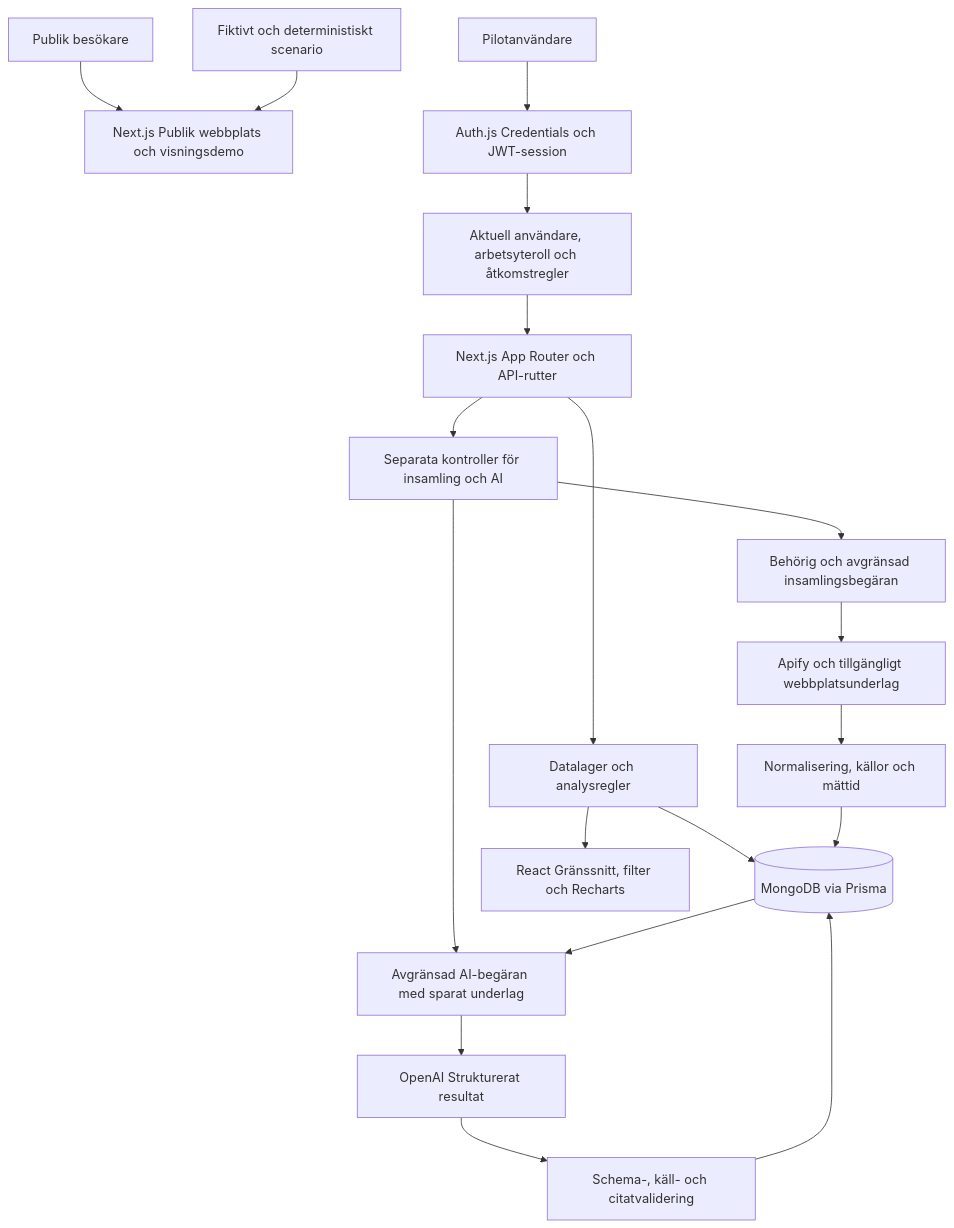
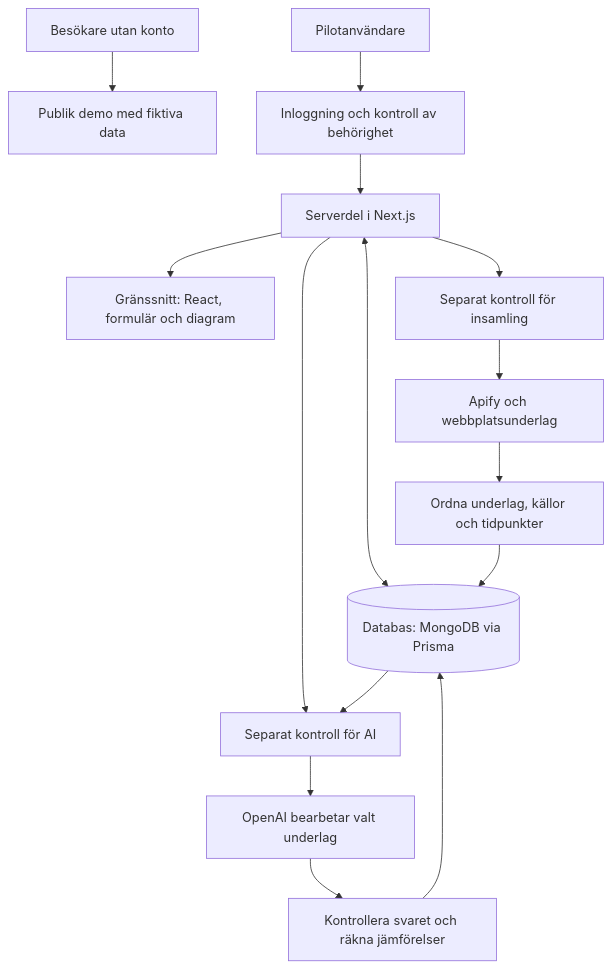
Before and after one commit to SebastianChristobal/swotflow-portfolio: the diagram in ARKITEKTUR.md, drawn with Mermaid. The commit also changed other lines of this file and 6 other files, not shown here.

Commit message:
Clarify pilot evidence and architecture and add SwotFlow branding

````diff
--- a/ARKITEKTUR.md
+++ b/ARKITEKTUR.md
@@ -9,21 +26,17 @@
-```mermaid
+~~~mermaid
 flowchart TD
-    V["Publik besökare"] --> DEMO["Next.js Publik webbplats och visningsdemo"]
-    F["Fiktivt och deterministiskt scenario"] --> DEMO
-    U["Pilotanvändare"] --> AUTH["Auth.js Credentials och JWT-session"]
-    AUTH --> ACCESS["Aktuell användare, arbetsyteroll och åtkomstregler"]
-    ACCESS --> APP["Next.js App Router och API-rutter"]
-    APP --> DATA["Datalager och analysregler"]
-    DATA --> DB[("MongoDB via Prisma")]
-    DATA --> UI["React Gränssnitt, filter och Recharts"]
-    APP --> GUARD["Separata kontroller för insamling och AI"]
-    GUARD --> RUN["Behörig och avgränsad insamlingsbegäran"]
-    RUN --> SOURCE["Apify och tillgängligt webbplatsunderlag"]
-    SOURCE --> NORMAL["Normalisering, källor och mättid"]
-    NORMAL --> DB
-    GUARD --> AI["Avgränsad AI-begäran med sparat underlag"]
-    DB --> AI
-    AI --> OPENAI["OpenAI Strukturerat resultat"]
-    OPENAI --> VALID["Schema-, käll- och citatvalidering"]
-    VALID --> DB
-```
+    D["Besökare utan konto"] --> DEMO["Publik demo med fiktiva data"]
+    U["Pilotanvändare"] --> AUTH["Inloggning och kontroll av behörighet"]
+    AUTH --> APP["Serverdel i Next.js"]
+    APP <--> DB[("Databas: MongoDB via Prisma")]
+    APP --> UI["Gränssnitt: React, formulär och diagram"]
+    APP --> C["Separat kontroll för insamling"]
+    C --> S["Apify och webbplatsunderlag"]
+    S --> N["Ordna underlag, källor och tidpunkter"]
+    N --> DB
+    APP --> A["Separat kontroll för AI"]
+    DB --> A
+    A --> AI["OpenAI bearbetar valt underlag"]
+    AI --> V["Kontrollera svaret och räkna jämförelser"]
+    V --> DB
+~~~
````
